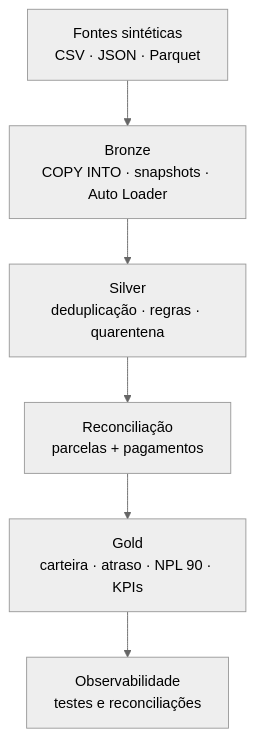
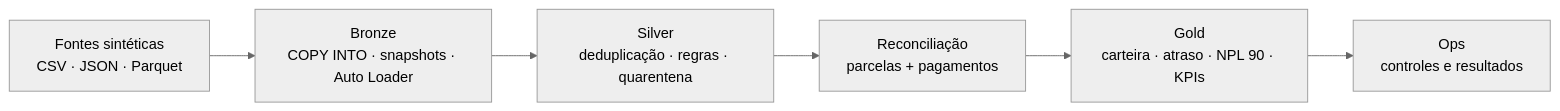
One commit to lucasvidalsilva/credito-analytics-databricks changed the diagram in README.md. Above: the diagram before and after it, drawn with Mermaid (neutral theme). The commit also changed other lines of this file, not shown here.

````diff
--- a/README.md
+++ b/README.md
@@ -23,8 +15,8 @@
 ```mermaid
-flowchart TD
-    A["Fontes sintéticas<br/>CSV · JSON · Parquet"] --> B["Bronze<br/>COPY INTO · snapshots · Auto Loader"]
-    B --> C["Silver<br/>deduplicação · regras · quarentena"]
-    C --> D["Reconciliação<br/>parcelas + pagamentos"]
-    D --> E["Gold<br/>carteira · atraso · NPL 90 · KPIs"]
-    E --> F["Observabilidade<br/>testes e reconciliações"]
+flowchart LR
+    SRC["Fontes sintéticas<br/>CSV · JSON · Parquet"] --> BRONZE["Bronze<br/>COPY INTO · snapshots · Auto Loader"]
+    BRONZE --> SILVER["Silver<br/>deduplicação · regras · quarentena"]
+    SILVER --> REC["Reconciliação<br/>parcelas + pagamentos"]
+    REC --> GOLD["Gold<br/>carteira · atraso · NPL 90 · KPIs"]
+    GOLD --> OPS["Ops<br/>controles e resultados"]
 ```
````
